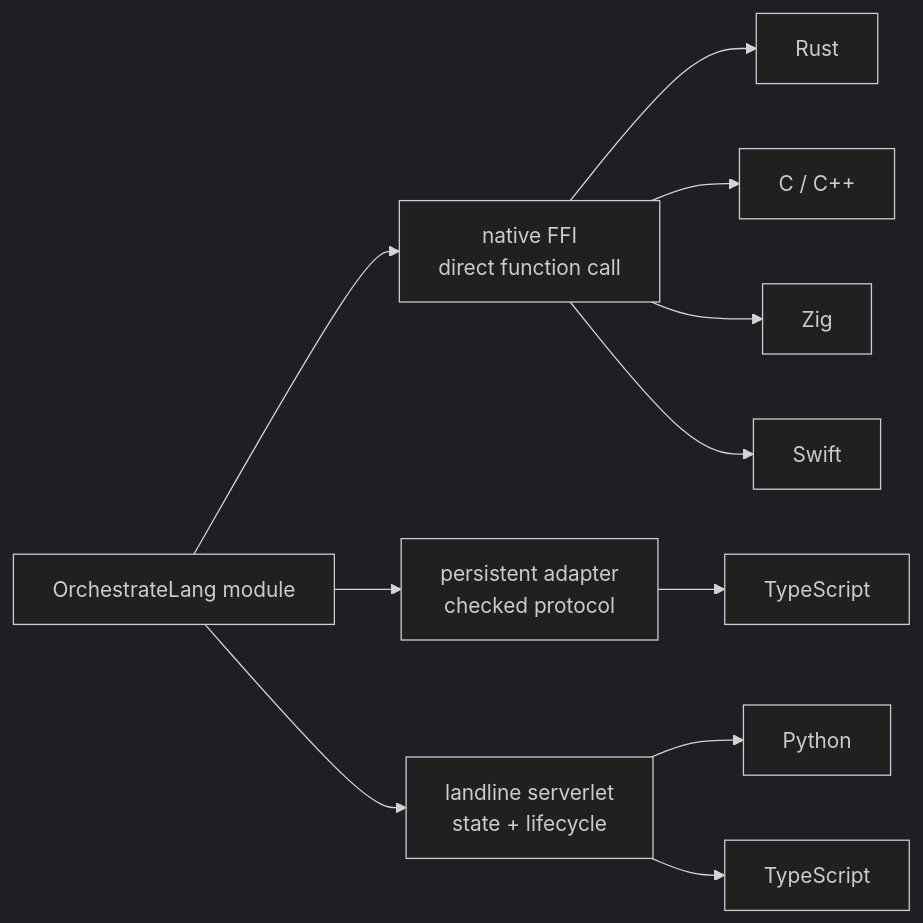
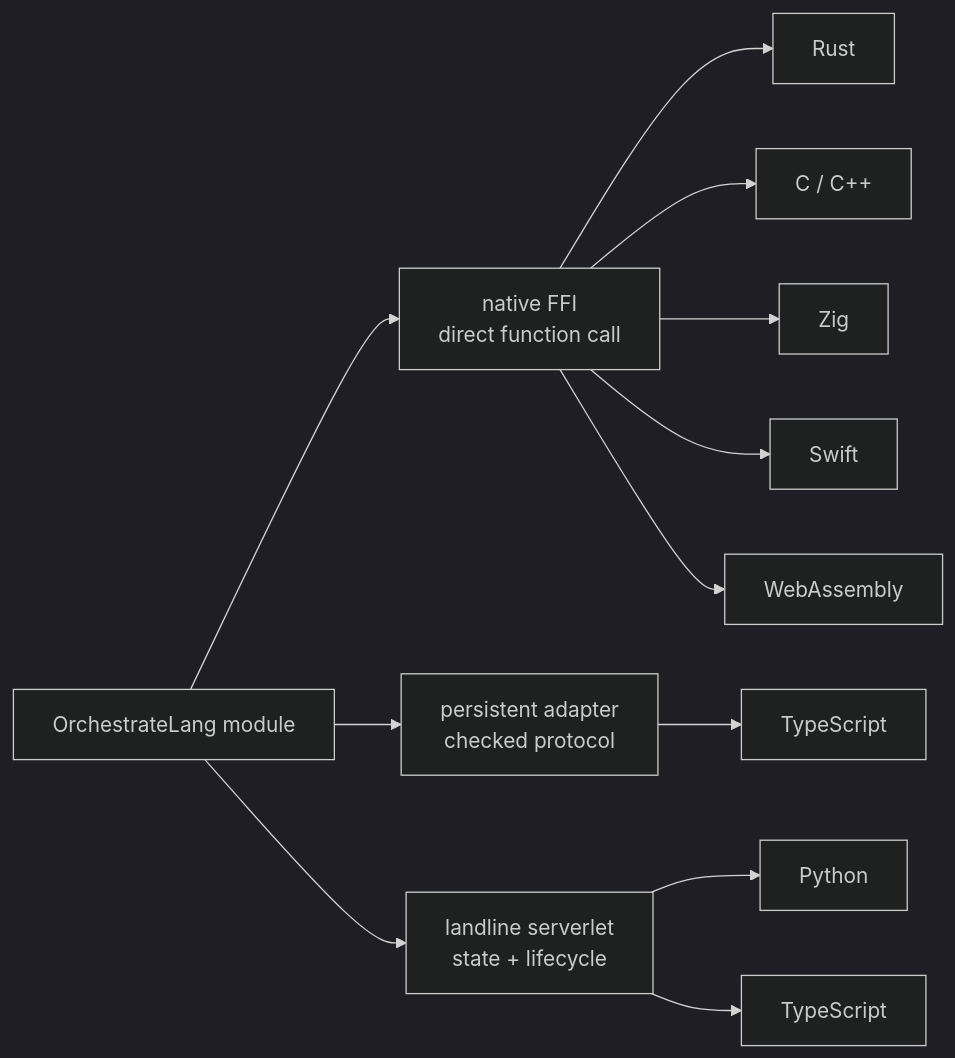
One commit to Immanuel-Fowler/OrchestrateLang changed the third of 4 diagrams in README.md. Above: the diagram before and after it, drawn with Mermaid (dark theme). The commit also changed other lines of this file and 22 other files, not shown here.

````diff
--- a/README.md
+++ b/README.md
@@ -74,19 +74,20 @@
 ```mermaid
 flowchart LR
     O["OrchestrateLang module"]
     F["native FFI<br/>direct function call"]
     P["persistent adapter<br/>checked protocol"]
     L["landline serverlet<br/>state + lifecycle"]
 
     O --> F
     O --> P
     O --> L
 
     F --> R["Rust"]
     F --> C["C / C++"]
     F --> Z["Zig"]
     F --> S["Swift"]
+    F --> W["WebAssembly"]
     P --> TSF["TypeScript"]
     L --> PY["Python"]
     L --> TSL["TypeScript"]
 ```
````
